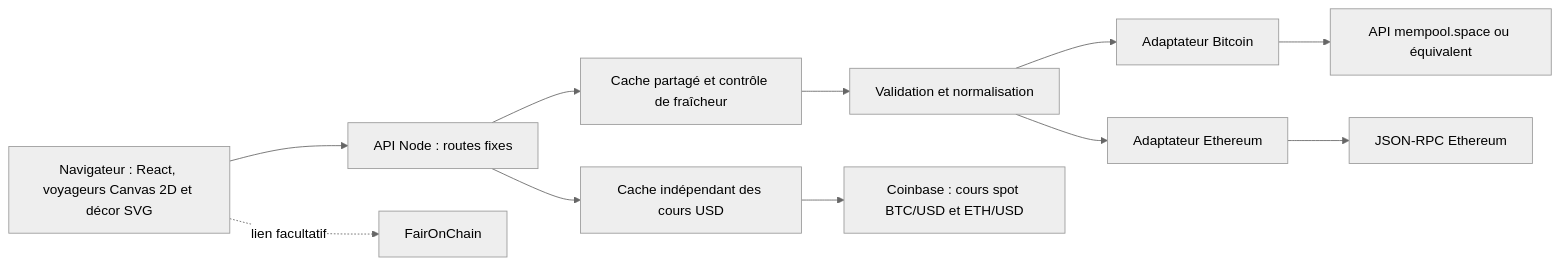
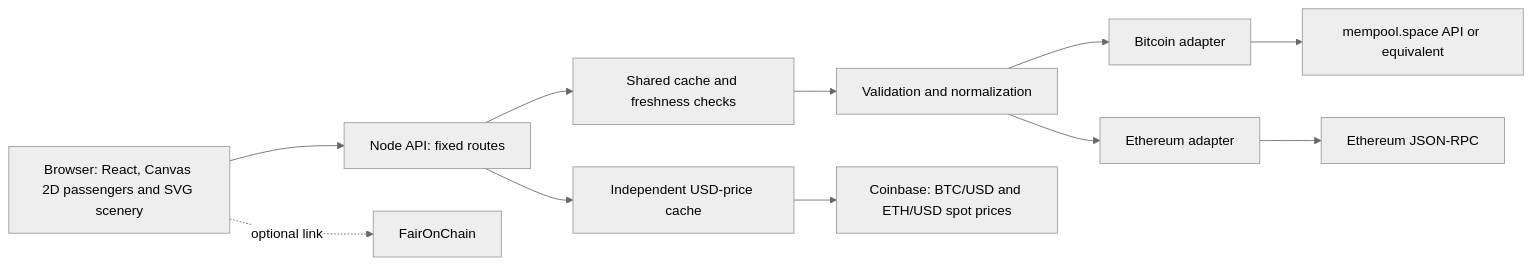
The diagram in docs/architecture.md (arnaud71/blocklane), drawn with Mermaid (neutral theme) before and after one commit. The commit also changed other lines of this file and 41 other files, not shown here.

````diff
--- a/docs/architecture.md
+++ b/docs/architecture.md
@@ -338,13 +344,13 @@
 ```mermaid
 flowchart LR
-    B[Navigateur : React, voyageurs Canvas 2D et décor SVG] --> A[API Node : routes fixes]
-    A --> C[Cache partagé et contrôle de fraîcheur]
-    C --> V[Validation et normalisation]
-    V --> BTC[Adaptateur Bitcoin]
-    V --> ETH[Adaptateur Ethereum]
-    BTC --> M[API mempool.space ou équivalent]
-    ETH --> R[JSON-RPC Ethereum]
-    A --> P[Cache indépendant des cours USD]
-    P --> CB[Coinbase : cours spot BTC/USD et ETH/USD]
-    B -. lien facultatif .-> F[FairOnChain]
+    B[Browser: React, Canvas 2D passengers and SVG scenery] --> A[Node API: fixed routes]
+    A --> C[Shared cache and freshness checks]
+    C --> V[Validation and normalization]
+    V --> BTC[Bitcoin adapter]
+    V --> ETH[Ethereum adapter]
+    BTC --> M[mempool.space API or equivalent]
+    ETH --> R[Ethereum JSON-RPC]
+    A --> P[Independent USD-price cache]
+    P --> CB[Coinbase: BTC/USD and ETH/USD spot prices]
+    B -. optional link .-> F[FairOnChain]
 ```
````
